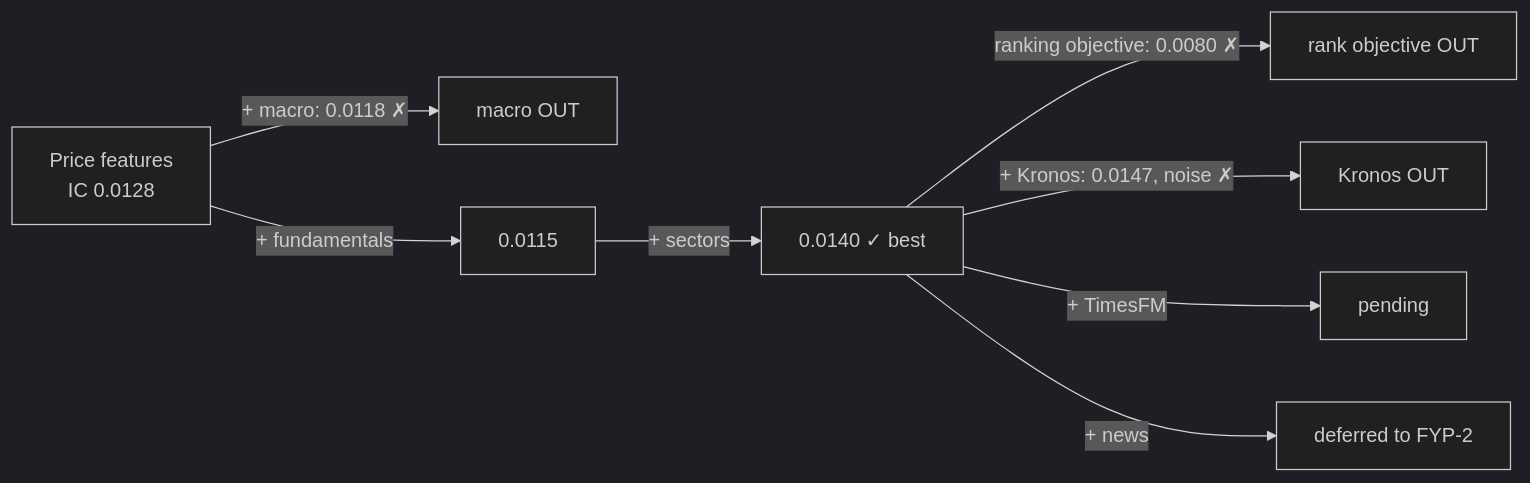
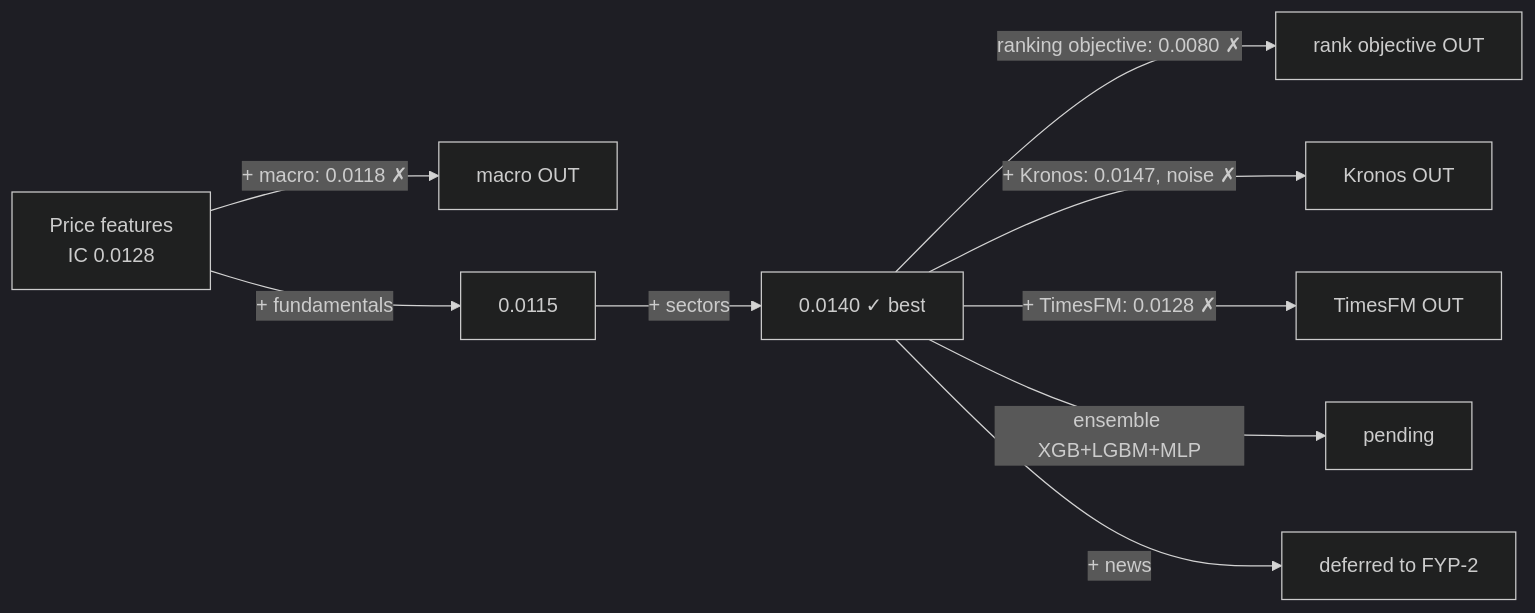
The diagram in docs/decisions.md (Naveed-CoLab/LatticeX), drawn with Mermaid (dark theme) before and after one commit. The commit also changed other lines of this file and 20 other files, not shown here.

Commit message:
Add ensemble: LightGBM, MLP, Ridge + rank-average ensemble

````diff
--- a/docs/decisions.md
+++ b/docs/decisions.md
@@ -12,10 +12,11 @@
 ```mermaid
 flowchart LR
     A[Price features<br/>IC 0.0128] -->|+ macro: 0.0118 ✗| X1[macro OUT]
     A -->|+ fundamentals| B[0.0115]
     B -->|+ sectors| C[0.0140 ✓ best]
     C -->|ranking objective: 0.0080 ✗| X2[rank objective OUT]
     C -->|+ Kronos: 0.0147, noise ✗| X3[Kronos OUT]
-    C -->|+ TimesFM| P1[pending]
+    C -->|+ TimesFM: 0.0128 ✗| X4[TimesFM OUT]
+    C -->|ensemble XGB+LGBM+MLP| P1[pending]
     C -->|+ news| P2[deferred to FYP-2]
 ```
````
